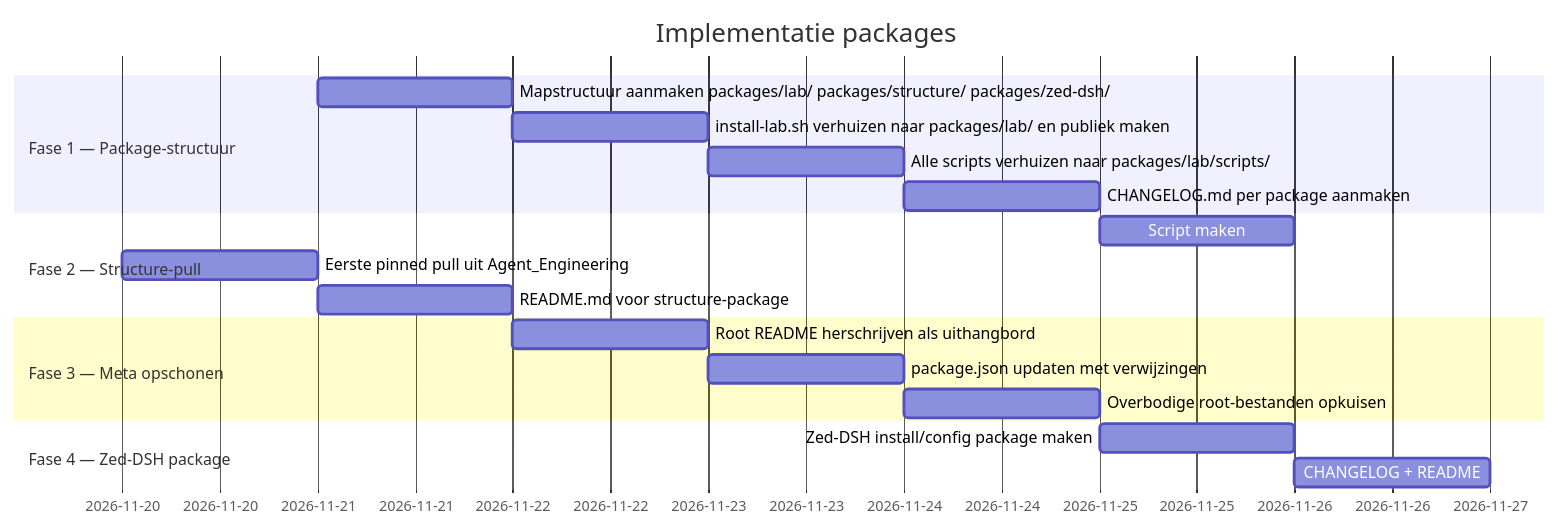
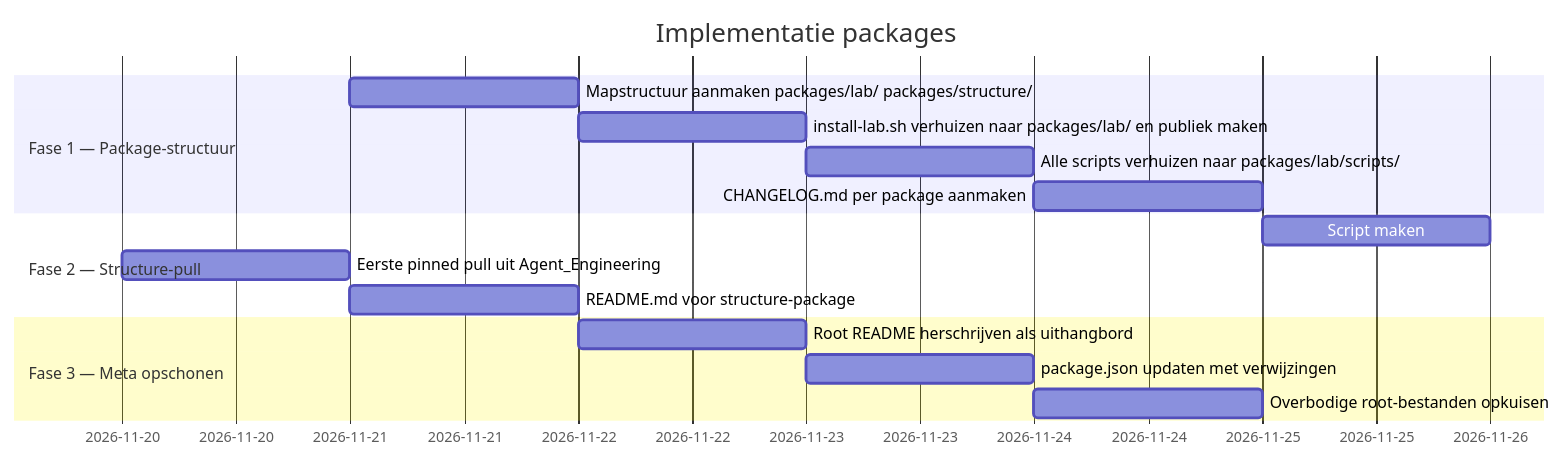
One commit to Lennaertds/cardine changed the diagram in docs/packages/IMPLEMENTATION.md. Above: the diagram before and after it, drawn with Mermaid. The commit also changed other lines of this file and 61 other files, not shown here.

First line of the commit message:
feat(packages/structure): eerste package — pull_kit.sh, kit, versioning, npx, tag-ondersteuning

````diff
--- a/docs/packages/IMPLEMENTATION.md
+++ b/docs/packages/IMPLEMENTATION.md
@@ -40,25 +33,21 @@
 ```mermaid
 gantt
     title Implementatie packages
     dateFormat  YYYY-MM-DD
     
     section Fase 1 — Package-structuur
-    Mapstructuur aanmaken packages/lab/ packages/structure/ packages/zed-dsh/       :p1a, 2026-11-21, 1d
+    Mapstructuur aanmaken packages/lab/ packages/structure/                         :p1a, 2026-11-21, 1d
     install-lab.sh verhuizen naar packages/lab/ en publiek maken                    :p1b, after p1a, 1d
     Alle scripts verhuizen naar packages/lab/scripts/                               :p1c, after p1b, 1d
     CHANGELOG.md per package aanmaken                                               :p1d, after p1c, 1d
     
     section Fase 2 — Structure-pull
     Script maken: pull_kit.sh dat kit uit Agent_Engineering kopieert                 :p2a, after p1d, 1d
     Eerste pinned pull uit Agent_Engineering                                        :p2b, after p2a, 1d
     README.md voor structure-package                                                :p2c, after p2b, 1d
     
     section Fase 3 — Meta opschonen
     Root README herschrijven als uithangbord                                         :p3a, after p2c, 1d
     package.json updaten met verwijzingen                                           :p3b, after p3a, 1d
     Overbodige root-bestanden opkuisen                                              :p3c, after p3b, 1d
-    
-    section Fase 4 — Zed-DSH package
-    Zed-DSH install/config package maken                                            :p4a, after p3c, 1d
-    CHANGELOG + README                                                              :p4b, after p4a, 1d
 ```
````
